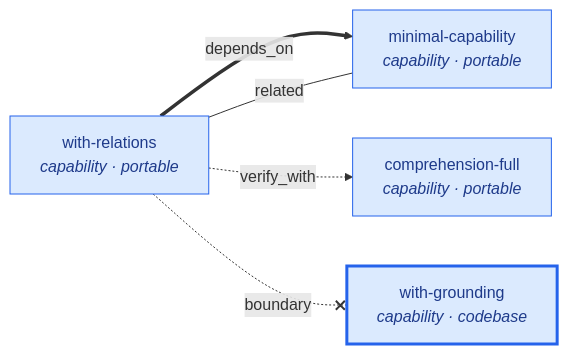
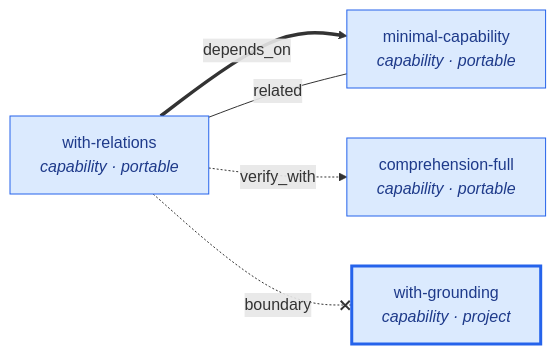
The fifth of 5 diagrams in SKILL_GRAPH.md (jacob-balslev/skill-graph), drawn with Mermaid before and after one commit. The commit also changed other lines of this file and 25 other files, not shown here.

````diff
--- a/SKILL_GRAPH.md
+++ b/SKILL_GRAPH.md
@@ -376,24 +377,24 @@
 ```mermaid
 flowchart LR
   MIN["minimal-capability<br/><i>capability · portable</i>"]
-  GR["with-grounding<br/><i>capability · codebase</i>"]
+  GR["with-grounding<br/><i>capability · project</i>"]
   REL["with-relations<br/><i>capability · portable</i>"]
   COMP["comprehension-full<br/><i>capability · portable</i>"]
 
   %% depends_on — thick solid, load-bearing
   REL ==>|depends_on| MIN
 
   %% verify_with — dashed, co-load for confidence
   REL -.->|verify_with| COMP
 
   %% related — thin, suggested co-reading
   REL ---|related| MIN
 
   %% boundary — red, anti-ownership
   REL -. boundary .-x GR
 
   classDef capability fill:#dbeafe,stroke:#2563eb,color:#1e3a8a
-  classDef codebase stroke-width:3px
+  classDef project stroke-width:3px
   class MIN,GR,REL,COMP capability
-  class GR codebase
+  class GR project
 ```
````
